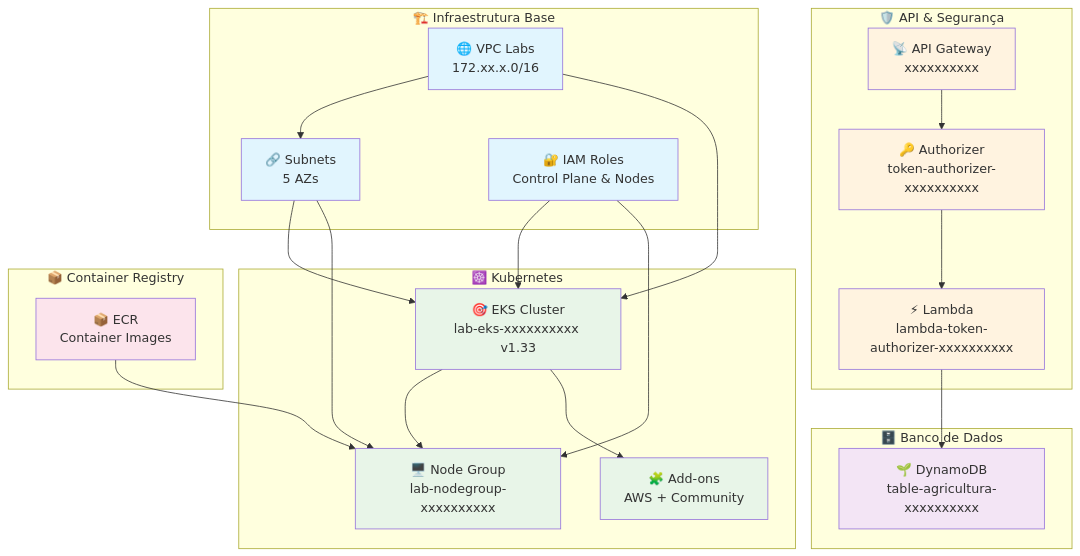
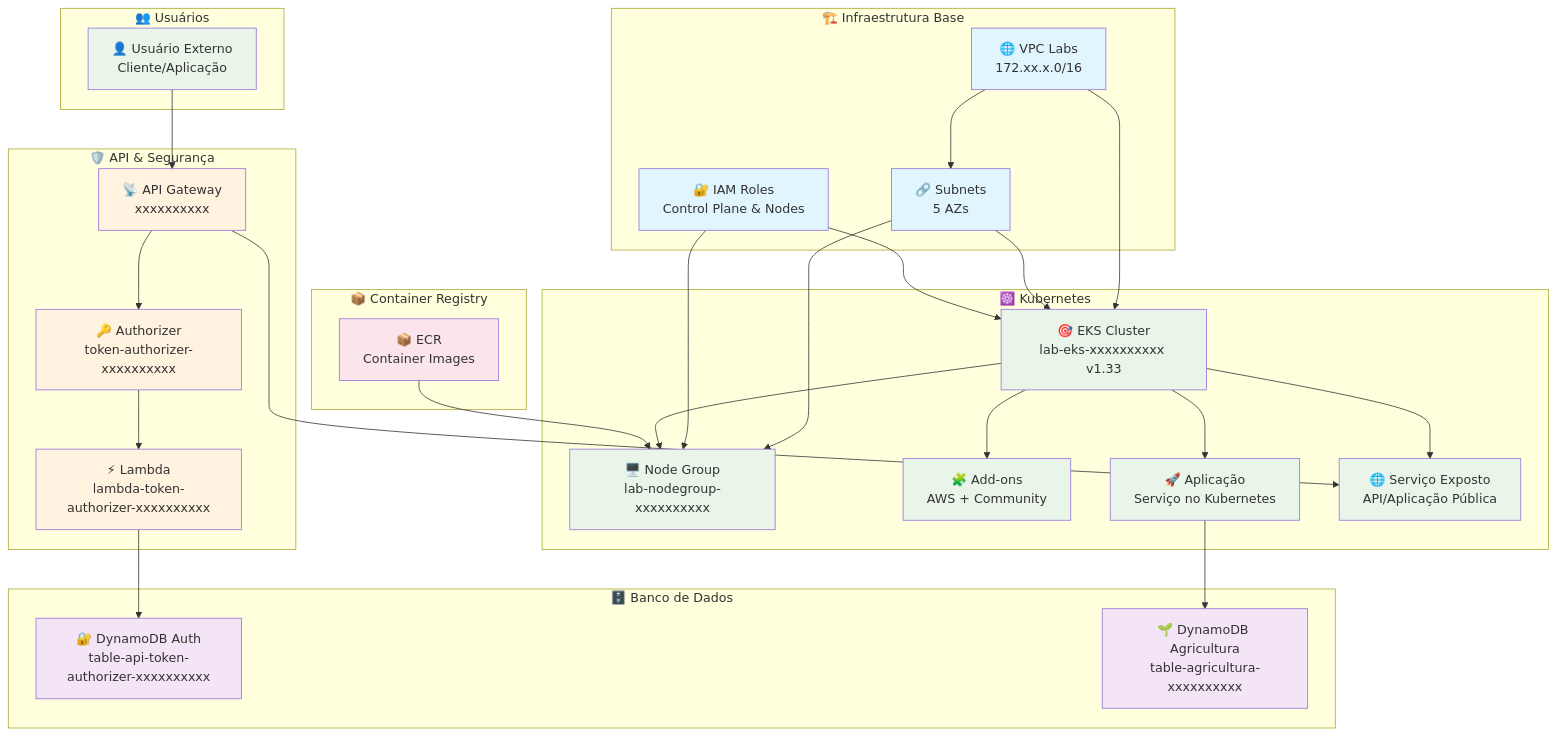
One commit to jhegner/kubernetes-labs-infra-cloud-aws changed the diagram in README.md. Above: the diagram before and after it, drawn with Mermaid. The commit also changed other lines of this file, not shown here.

Commit message:
feat: update README with architecture diagram and DynamoDB table details

````diff
--- a/README.md
+++ b/README.md
@@ -181,55 +187,69 @@
 ```mermaid
 graph TB
+    subgraph "👥 Usuários"
+        USER[👤 Usuário Externo<br/>Cliente/Aplicação]
+    end
+    
     subgraph "🏗️ Infraestrutura Base"
         VPC[🌐 VPC Labs<br/>172.xx.x.0/16]
         SUBNETS[🔗 Subnets<br/>5 AZs]
         ROLES[🔐 IAM Roles<br/>Control Plane & Nodes]
     end
     
     subgraph "🛡️ API & Segurança"
         APIGW[📡 API Gateway<br/>xxxxxxxxxx]
         AUTH[🔑 Authorizer<br/>token-authorizer-xxxxxxxxxx]
         LAMBDA[⚡ Lambda<br/>lambda-token-authorizer-xxxxxxxxxx]
     end
     
     subgraph "🗄️ Banco de Dados"
-        DYNAMO[🌱 DynamoDB<br/>table-agricultura-xxxxxxxxxx]
+        DYNAMO_AUTH[🔐 DynamoDB Auth<br/>table-api-token-authorizer-xxxxxxxxxx]
+        DYNAMO_AGRI[🌱 DynamoDB Agricultura<br/>table-agricultura-xxxxxxxxxx]
     end
     
     subgraph "☸️ Kubernetes"
         EKS[🎯 EKS Cluster<br/>lab-eks-xxxxxxxxxx v1.33]
         NODEGROUP[🖥️ Node Group<br/>lab-nodegroup-xxxxxxxxxx]
         ADDONS[🧩 Add-ons<br/>AWS + Community]
+        APP[🚀 Aplicação<br/>Serviço no Kubernetes]
+        SERVICE[🌐 Serviço Exposto<br/>API/Aplicação Pública]
     end
     
     subgraph "📦 Container Registry"
         ECR[📦 ECR<br/>Container Images]
     end
     
     %% Dependências
+    USER --> APIGW
     VPC --> SUBNETS
     VPC --> EKS
     SUBNETS --> EKS
     SUBNETS --> NODEGROUP
     ROLES --> EKS
     ROLES --> NODEGROUP
     EKS --> NODEGROUP
     EKS --> ADDONS
+    EKS --> APP
+    EKS --> SERVICE
     APIGW --> AUTH
+    APIGW --> SERVICE
     AUTH --> LAMBDA
-    LAMBDA --> DYNAMO
+    LAMBDA --> DYNAMO_AUTH
+    APP --> DYNAMO_AGRI
     ECR --> NODEGROUP
     
     %% Estilo
+    classDef user fill:#e8f5e8
     classDef infra fill:#e1f5fe
     classDef api fill:#fff3e0
     classDef db fill:#f3e5f5
     classDef k8s fill:#e8f5e8
     classDef registry fill:#fce4ec
     
+    class USER user
     class VPC,SUBNETS,ROLES infra
     class APIGW,AUTH,LAMBDA api
-    class DYNAMO db
-    class EKS,NODEGROUP,ADDONS k8s
+    class DYNAMO_AUTH,DYNAMO_AGRI db
+    class EKS,NODEGROUP,ADDONS,APP,SERVICE k8s
     class ECR registry
 ```
````
